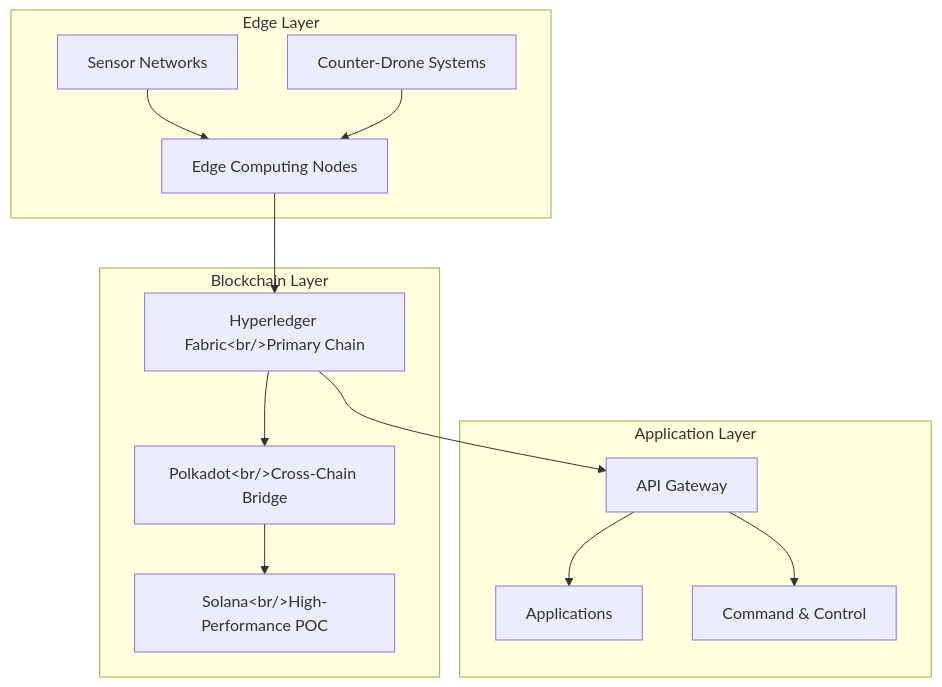
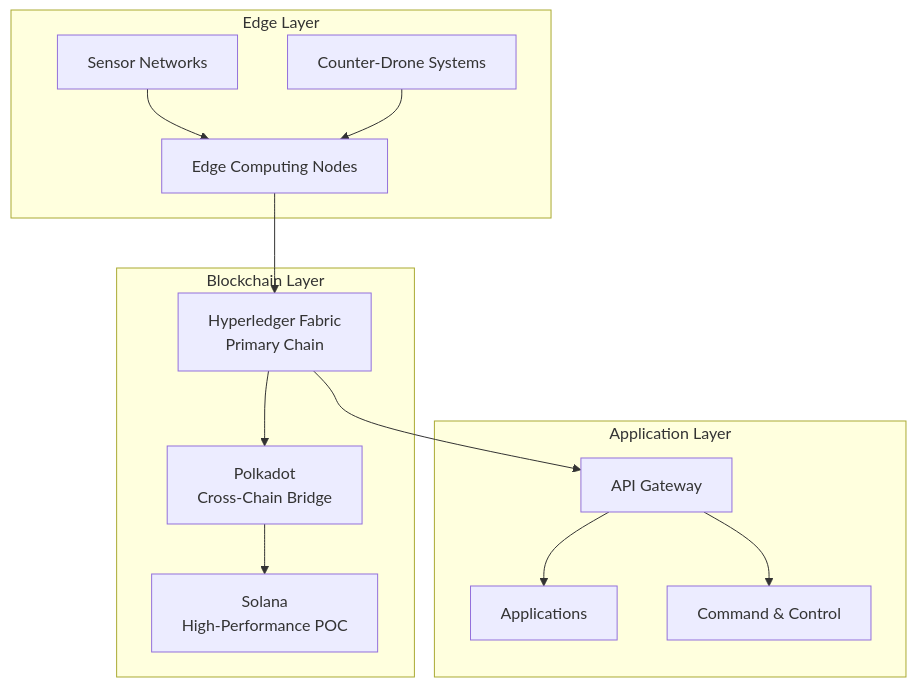
The diagram in apps/docs/docs/technical/blockchain/Blockchain_Implementation_Guide.md (JustAGhosT/PhoenixRooivalk), drawn with Mermaid before and after one commit. The commit also changed other lines of this file and 3 other files, not shown here.

````diff
--- a/apps/docs/docs/technical/blockchain/Blockchain_Implementation_Guide.md
+++ b/apps/docs/docs/technical/blockchain/Blockchain_Implementation_Guide.md
@@ -46,29 +46,29 @@
 ```mermaid
 graph TB
     subgraph "Edge Layer"
         SENSORS[Sensor Networks]
         DRONES[Counter-Drone Systems]
         EDGE[Edge Computing Nodes]
     end
 
     subgraph "Blockchain Layer"
-        FABRIC[Hyperledger Fabric&lt;br/&gt;Primary Chain]
-        POLKADOT[Polkadot&lt;br/&gt;Cross-Chain Bridge]
-        SOLANA[Solana&lt;br/&gt;High-Performance POC]
+        FABRIC[Hyperledger Fabric<br/>Primary Chain]
+        POLKADOT[Polkadot<br/>Cross-Chain Bridge]
+        SOLANA[Solana<br/>High-Performance POC]
     end
 
     subgraph "Application Layer"
         API[API Gateway]
         APPS[Applications]
         C2[Command & Control]
     end
 
     SENSORS --> EDGE
     DRONES --> EDGE
     EDGE --> FABRIC
     FABRIC --> POLKADOT
     POLKADOT --> SOLANA
     FABRIC --> API
     API --> APPS
     API --> C2
 ```
````
